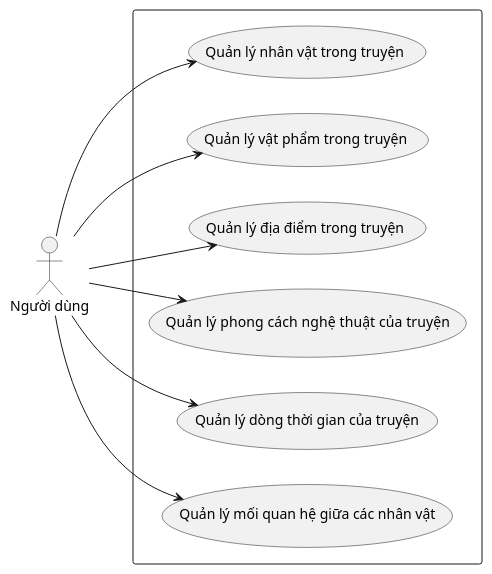
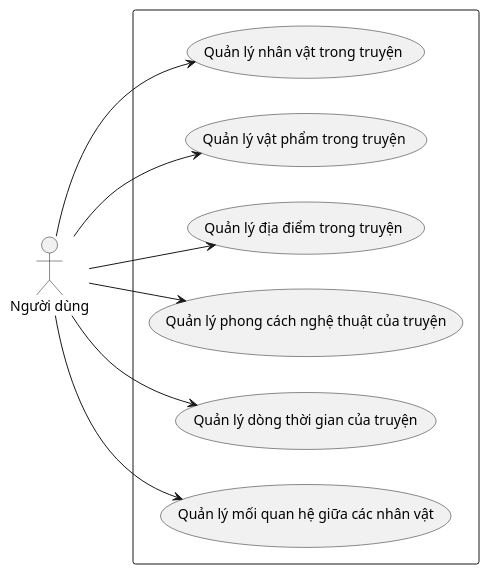
Before and after one commit to 202416852-anhpv/story2video-docs: the diagram in docs/use-case-diagrams/uc_01.puml, drawn with PlantUML. The commit also changed 5 other files, not shown here.

Commit message:
docs: add use-case diagrams for character, art style, timeline and relationship management

```diff
--- a/docs/use-case-diagrams/uc_01.puml
+++ b/docs/use-case-diagrams/uc_01.puml
@@ -1,22 +1,22 @@
-@startuml overview
+@startuml uc_01
 left to right direction
 
 actor "Người dùng" as User
 
 rectangle {
     usecase "Quản lý nhân vật trong truyện" as UC_01
     usecase "Quản lý vật phẩm trong truyện" as UC_02
     usecase "Quản lý địa điểm trong truyện" as UC_03
-    usecase "Quản lý phong cách nghệ thuật  của truyện" as UC_04
+    usecase "Quản lý phong cách nghệ thuật của truyện" as UC_04
     usecase "Quản lý dòng thời gian của truyện" as UC_05
     usecase "Quản lý mối quan hệ giữa các nhân vật" as UC_06
 }
 
 User --> UC_01
 User --> UC_02
 User --> UC_03
 User --> UC_04
 User --> UC_05
 User --> UC_06
 
 @enduml
```
